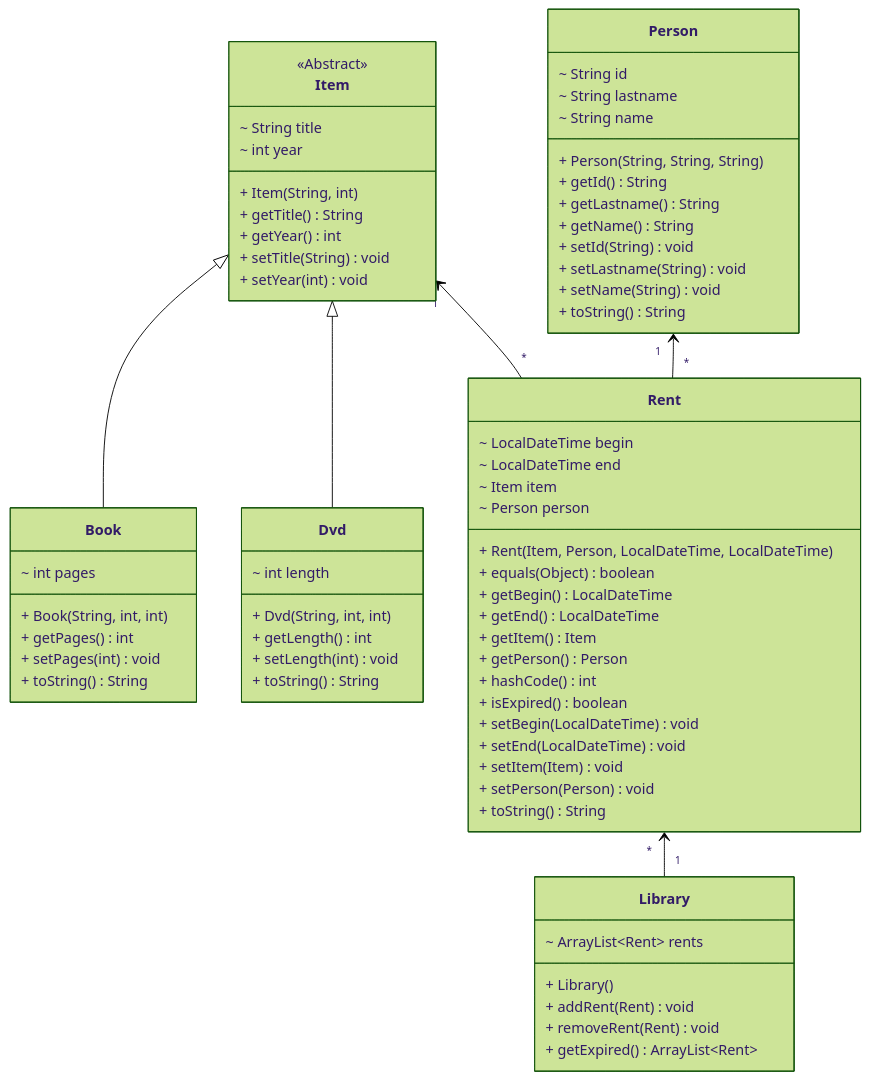
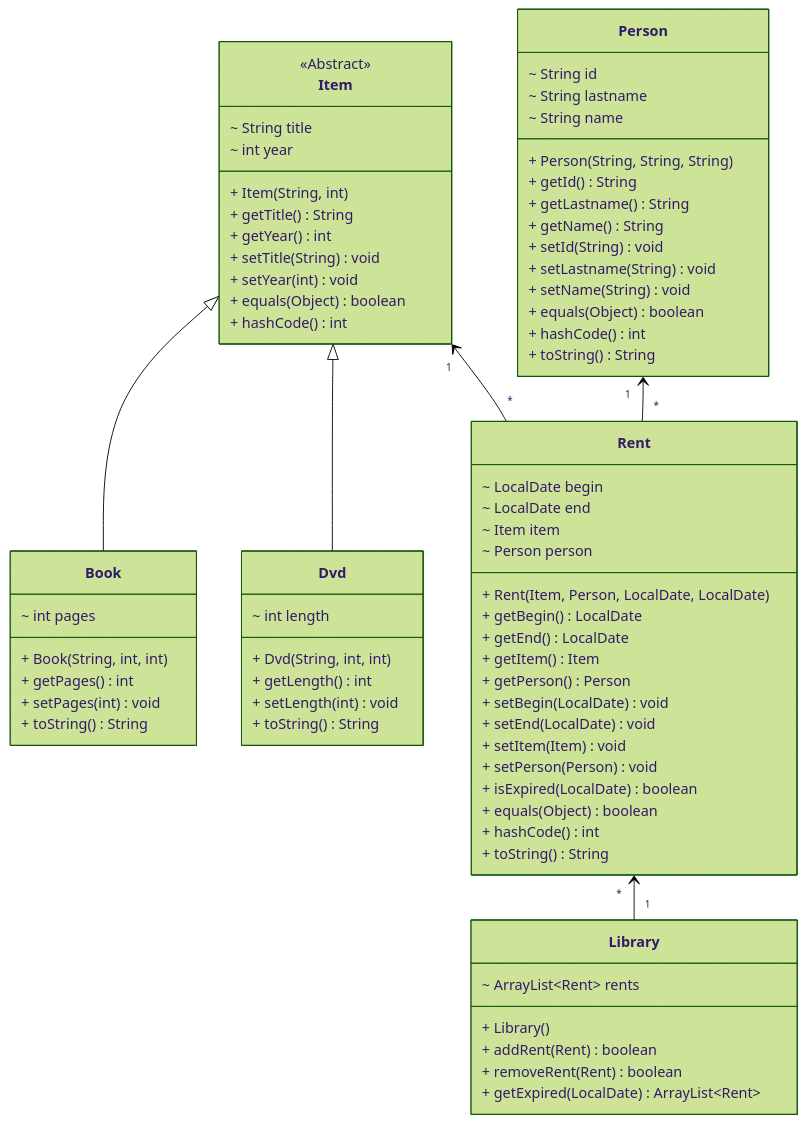
One commit to nbicocchi/learn-java-core changed diagram 13 of 13 in src/main/java/com/nbicocchi/exercises/oop/README.md. Above: the diagram before and after it, drawn with Mermaid (forest theme). The commit also changed 11 other files, not shown here.

````diff
--- a/src/main/java/com/nbicocchi/exercises/oop/README.md
+++ b/src/main/java/com/nbicocchi/exercises/oop/README.md
@@ -533,73 +533,77 @@
 ```mermaid
 classDiagram
 direction BT
+class Item {
+    <<Abstract>>
+    ~ String title
+    ~ int year
+    + Item(String, int)
+    + getTitle() String
+    + getYear() int
+    + setTitle(String) void
+    + setYear(int) void
+    + equals(Object) boolean
+    + hashCode() int
+}
 class Book {
     ~ int pages
     + Book(String, int, int)
     + getPages() int
     + setPages(int) void
     + toString() String
 }
 class Dvd {
     ~ int length
     + Dvd(String, int, int)
     + getLength() int
     + setLength(int) void
     + toString() String
 }
-class Item {
-    <<Abstract>>
-    ~ String title
-    ~ int year
-    + Item(String, int)
-    + getTitle() String
-    + getYear() int
-    + setTitle(String) void
-    + setYear(int) void
-}
 class Person {
     ~ String id
     ~ String lastname
     ~ String name
     + Person(String, String, String)
     + getId() String
     + getLastname() String
     + getName() String
     + setId(String) void
     + setLastname(String) void
     + setName(String) void
+    + equals(Object) boolean
+    + hashCode() int
     + toString() String
 }
 class Rent {
-    ~ LocalDateTime begin
-    ~ LocalDateTime end
+    ~ LocalDate begin
+    ~ LocalDate end
     ~ Item item
     ~ Person person
-    + Rent(Item, Person, LocalDateTime, LocalDateTime)
-    + equals(Object) boolean
-    + getBegin() LocalDateTime
-    + getEnd() LocalDateTime
+    + Rent(Item, Person, LocalDate, LocalDate)
+    + getBegin() LocalDate
+    + getEnd() LocalDate
     + getItem() Item
     + getPerson() Person
-    + hashCode() int
-    + isExpired() boolean
-    + setBegin(LocalDateTime) void
-    + setEnd(LocalDateTime) void
+    + setBegin(LocalDate) void
+    + setEnd(LocalDate) void
     + setItem(Item) void
     + setPerson(Person) void
+    + isExpired(LocalDate) boolean
+    + equals(Object) boolean
+    + hashCode() int
     + toString() String
 }
 class Library {
     ~ ArrayList~Rent~ rents
     + Library()
-    + addRent(Rent) void
-    + removeRent(Rent) void
-    + getExpired() ArrayList~Rent~
+    + addRent(Rent) boolean
+    + removeRent(Rent) boolean
+    + getExpired(LocalDate) ArrayList~Rent~
 }
 
 Book  --|>  Item
 Dvd  --|>  Item
 Rent "*" --> "1" Person
 Rent "*" --> "1" Item
 Library "1" --> "*" Rent
 ```
````
